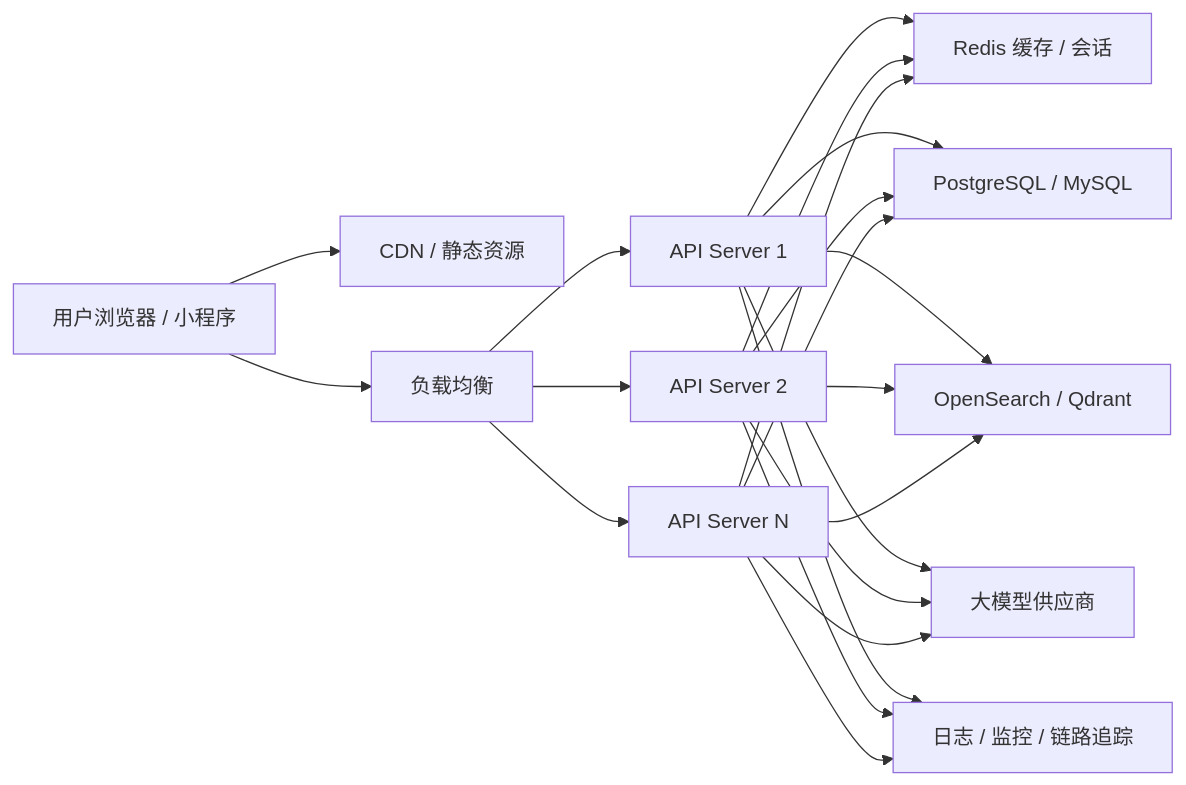
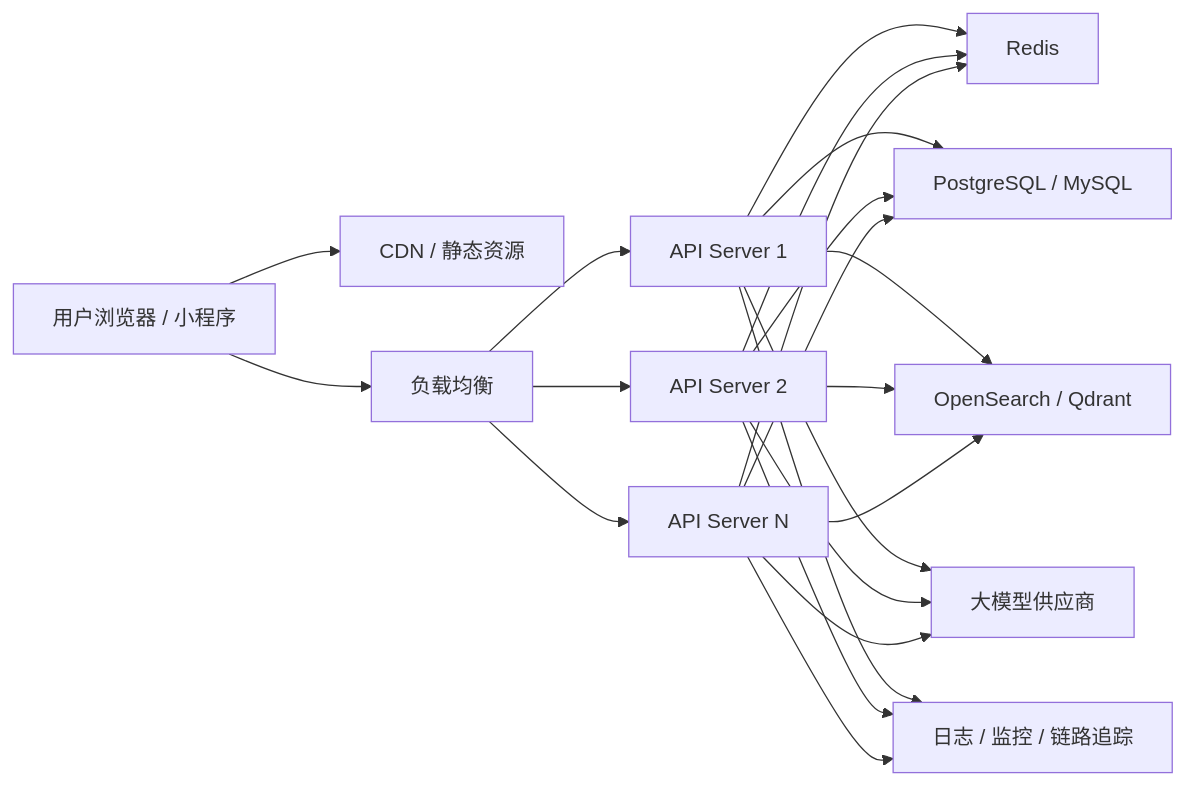
Before and after one commit to yangcxc-svg/jingli-ui-demo: the fourth of 4 diagrams in docs/technical-solution.md, drawn with Mermaid. The commit also changed other lines of this file and 1 other file, not shown here.

````diff
--- a/docs/technical-solution.md
+++ b/docs/technical-solution.md
@@ -743,28 +763,29 @@
 ```mermaid
 flowchart LR
   Client["用户浏览器 / 小程序"] --> CDN["CDN / 静态资源"]
   Client --> LB["负载均衡"]
+
   LB --> API1["API Server 1"]
   LB --> API2["API Server 2"]
   LB --> API3["API Server N"]
 
-  API1 --> Redis["Redis 缓存 / 会话"]
+  API1 --> Redis["Redis"]
   API2 --> Redis
   API3 --> Redis
 
   API1 --> DB["PostgreSQL / MySQL"]
   API2 --> DB
   API3 --> DB
 
   API1 --> Search["OpenSearch / Qdrant"]
   API2 --> Search
   API3 --> Search
 
   API1 --> LLM["大模型供应商"]
   API2 --> LLM
   API3 --> LLM
 
-  API1 --> Log["日志 / 监控 / 链路追踪"]
-  API2 --> Log
-  API3 --> Log
+  API1 --> Monitor["日志 / 监控 / 链路追踪"]
+  API2 --> Monitor
+  API3 --> Monitor
 ```
````
